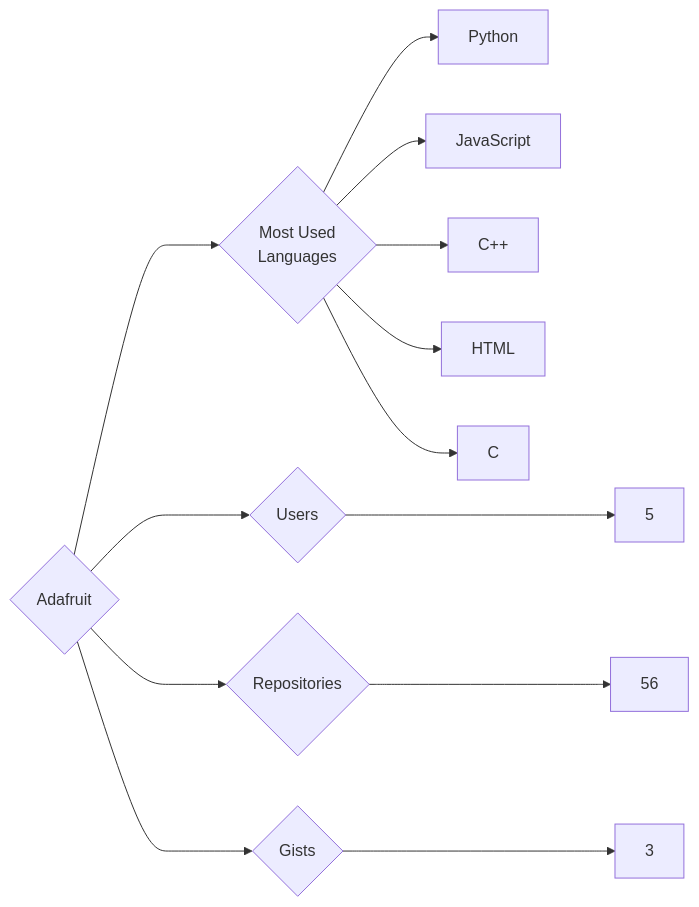
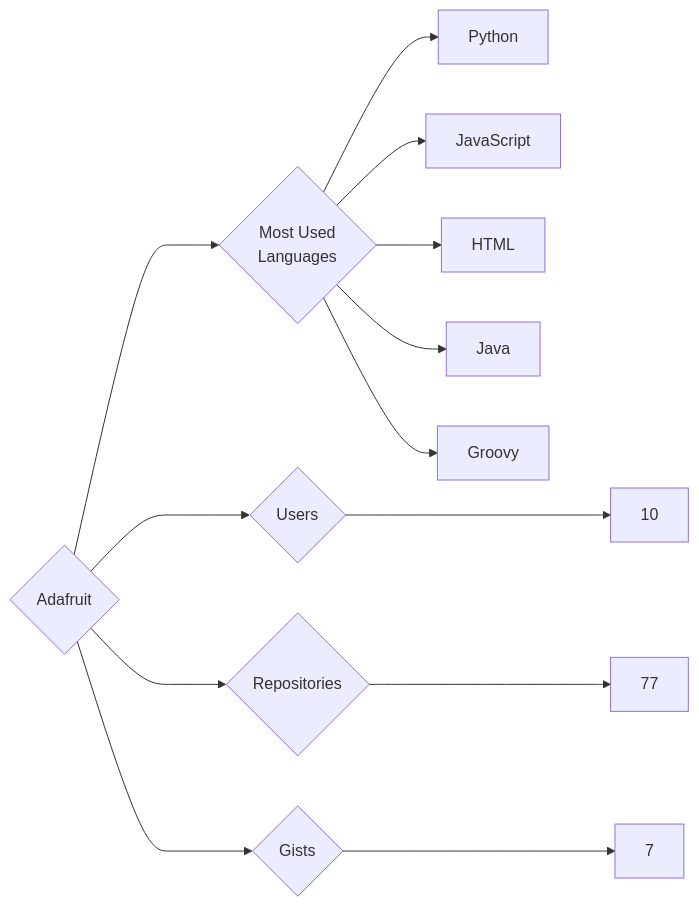
Before and after one commit to trickest/insiders: the diagram in targets/Adafruit/README.md, drawn with Mermaid. The commit also changed 1149 other files, not shown here.

````diff
--- a/targets/Adafruit/README.md
+++ b/targets/Adafruit/README.md
@@ -3,13 +3,13 @@
 ```mermaid
 graph LR
 COMPANY_NAME{Adafruit}
-COMPANY_NAME ---> U{Users} ---> UN[5]
-COMPANY_NAME ---> R{Repositories} ---> RN[56]
-COMPANY_NAME ---> G{Gists} ---> GN[3]
+COMPANY_NAME ---> U{Users} ---> UN[10]
+COMPANY_NAME ---> R{Repositories} ---> RN[77]
+COMPANY_NAME ---> G{Gists} ---> GN[7]
 COMPANY_NAME ---> ML{Most Used<br>Languages}
 ML --> Python[Python]
 ML --> JavaScript[JavaScript]
-ML --> C++[C++]
 ML --> HTML[HTML]
-ML --> C[C]
+ML --> Java[Java]
+ML --> Groovy[Groovy]
 ```
````
